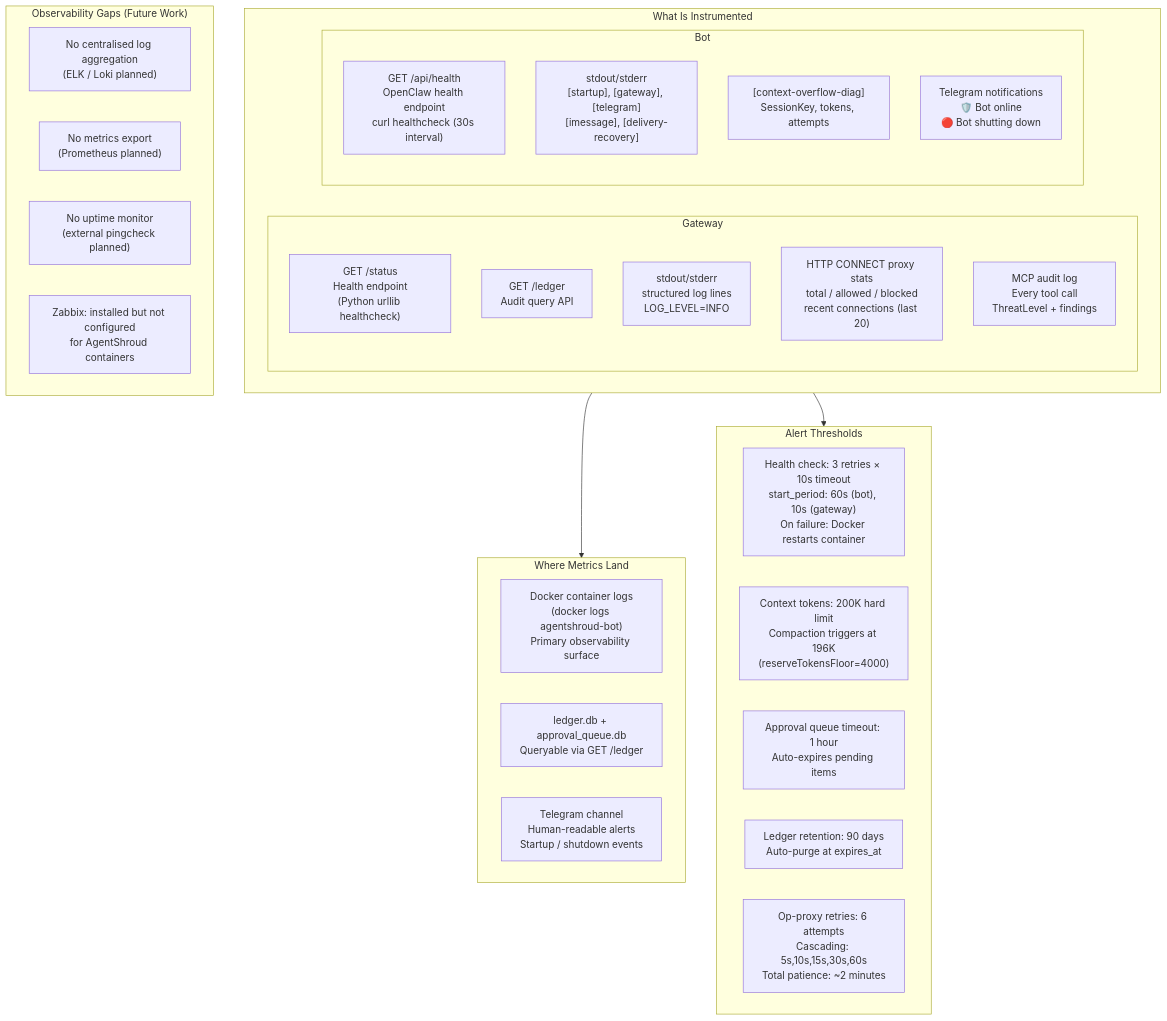
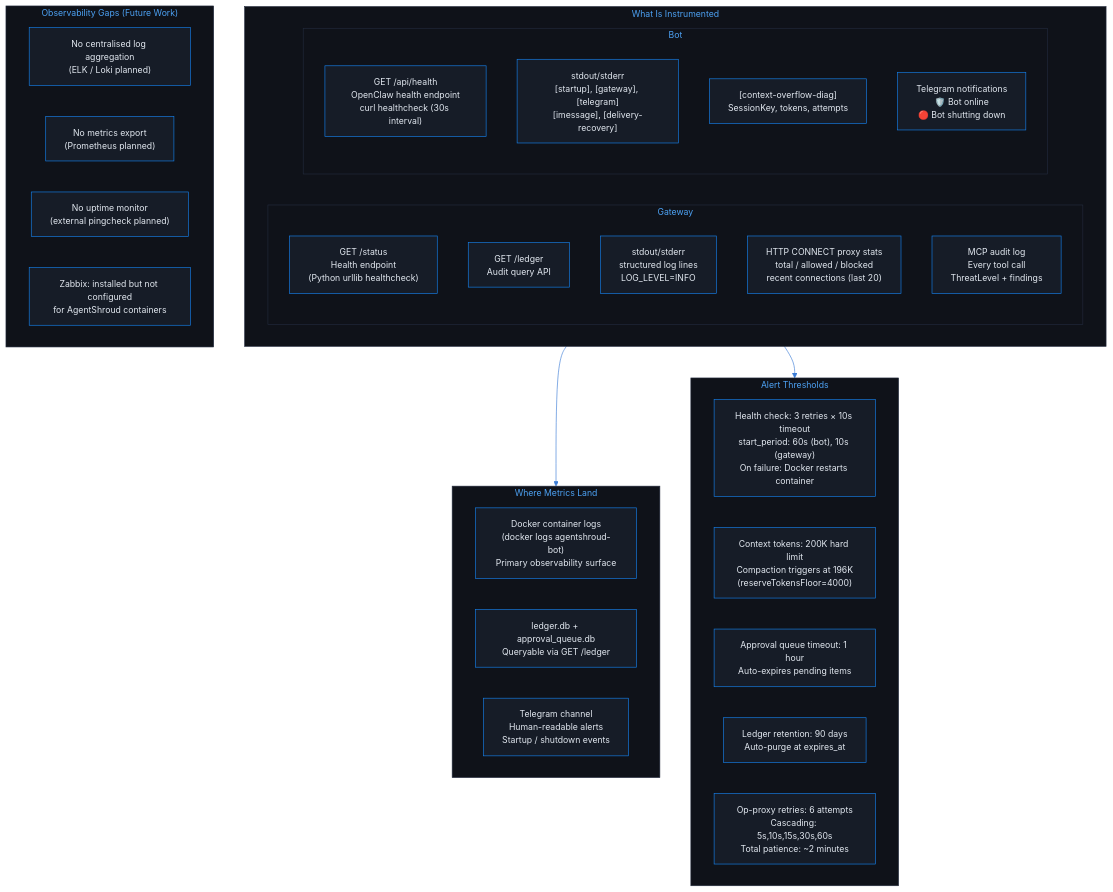
One commit to idallasjlabs/agentshroud changed the third of 3 diagrams in docs/diagrams/06-operations.md. Above: the diagram before and after it, drawn with Mermaid. The commit also changed other lines of this file and 55 other files, not shown here.

First line of the commit message:
docs: apply AgentShroud brand theme to all 23 diagrams + add ti/tw/bs skills

````diff
--- a/docs/diagrams/06-operations.md
+++ b/docs/diagrams/06-operations.md
@@ -125,43 +127,44 @@
 ```mermaid
+%%{init: {'theme': 'base', 'themeVariables': {'primaryColor': '#161c27', 'primaryTextColor': '#e2e8f0', 'primaryBorderColor': '#1583f0', 'lineColor': '#3a7bd5', 'secondaryColor': '#0f1219', 'tertiaryColor': '#08090b', 'background': '#08090b', 'mainBkg': '#161c27', 'nodeBorder': '#1583f0', 'clusterBkg': '#0f1219', 'clusterBorder': '#232b3d', 'titleColor': '#4da2f4', 'edgeLabelBackground': '#0f1219', 'fontFamily': 'Inter, system-ui, sans-serif', 'fontSize': '14px'}}}%%
 graph TB
     subgraph Instrumented["What Is Instrumented"]
         subgraph GW_MON["Gateway"]
             GW_HEALTH["GET /status\nHealth endpoint\n(Python urllib healthcheck)"]
             GW_LEDGER["GET /ledger\nAudit query API"]
             GW_LOGS["stdout/stderr\nstructured log lines\nLOG_LEVEL=INFO"]
             PROXY_STATS["HTTP CONNECT proxy stats\ntotal / allowed / blocked\nrecent connections (last 20)"]
             MCP_AUDIT_LOG["MCP audit log\nEvery tool call\nThreatLevel + findings"]
         end
 
         subgraph BOT_MON["Bot"]
             BOT_HEALTH["GET /api/health\nOpenClaw health endpoint\ncurl healthcheck (30s interval)"]
             BOT_LOGS["stdout/stderr\n[startup], [gateway], [telegram]\n[imessage], [delivery-recovery]"]
             CONTEXT_DIAG["[context-overflow-diag]\nSessionKey, tokens, attempts"]
             TG_NOTIF["Telegram notifications\n🛡️ Bot online\n🔴 Bot shutting down"]
         end
     end
 
     subgraph AlertThresholds["Alert Thresholds"]
         TH1["Health check: 3 retries × 10s timeout\nstart_period: 60s (bot), 10s (gateway)\nOn failure: Docker restarts container"]
         TH2["Context tokens: 200K hard limit\nCompaction triggers at 196K\n(reserveTokensFloor=4000)"]
         TH3["Approval queue timeout: 1 hour\nAuto-expires pending items"]
         TH4["Ledger retention: 90 days\nAuto-purge at expires_at"]
         TH5["Op-proxy retries: 6 attempts\nCascading: 5s,10s,15s,30s,60s\nTotal patience: ~2 minutes"]
     end
 
     subgraph MetricsDest["Where Metrics Land"]
         DOCKER_LOGS["Docker container logs\n(docker logs agentshroud-bot)\nPrimary observability surface"]
         SQLITE_AUDIT["ledger.db + approval_queue.db\nQueryable via GET /ledger"]
         TELEGRAM_CHAN["Telegram channel\nHuman-readable alerts\nStartup / shutdown events"]
     end
 
     subgraph Gaps["Observability Gaps (Future Work)"]
         GAP1["No centralised log aggregation\n(ELK / Loki planned)"]
         GAP2["No metrics export\n(Prometheus planned)"]
         GAP3["No uptime monitor\n(external pingcheck planned)"]
         GAP4["Zabbix: installed but not configured\nfor AgentShroud containers"]
     end
 
     Instrumented --> MetricsDest
     Instrumented --> AlertThresholds
 ```
````
